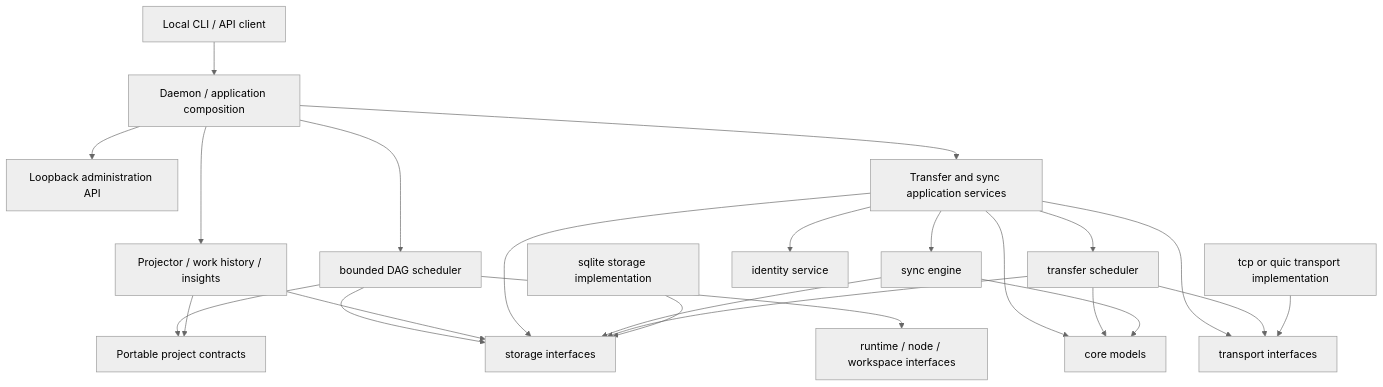
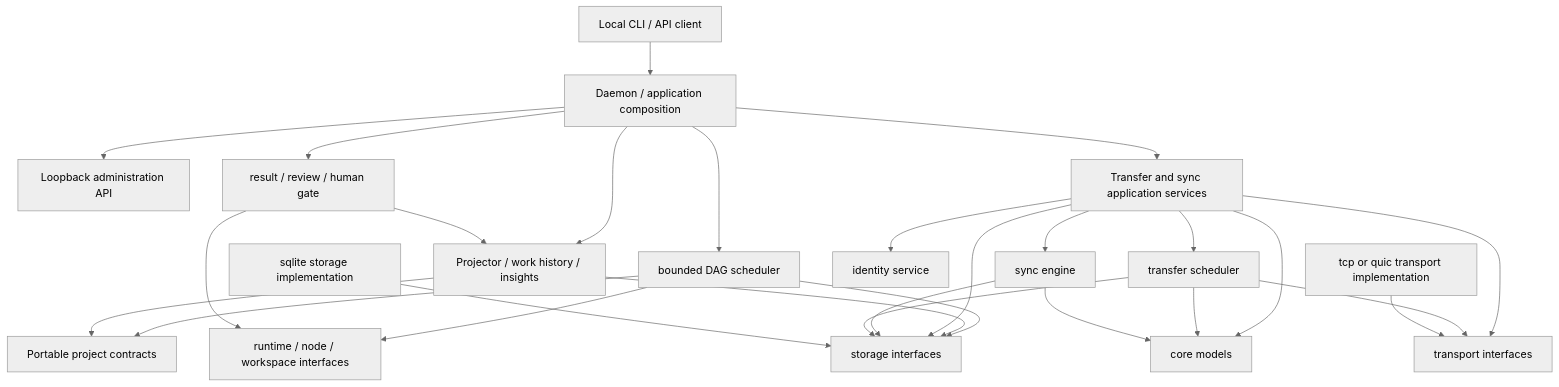
The diagram in docs/architecture/overview.md (greadee/agent-action-sync), drawn with Mermaid (neutral theme) before and after one commit. The commit also changed other lines of this file and 23 other files, not shown here.

Commit message:
add result review integration gate

````diff
--- a/docs/architecture/overview.md
+++ b/docs/architecture/overview.md
@@ -45,26 +48,29 @@
 ```mermaid
 flowchart TD
     CLI["Local CLI / API client"] --> Daemon["Daemon / application composition"]
     Daemon --> API["Loopback administration API"]
     Daemon --> Projector["Projector / work history / insights"]
     Daemon --> Scheduler["bounded DAG scheduler"]
+    Daemon --> Gate["result / review / human gate"]
     Scheduler --> Project["portable project contracts"]
     Scheduler --> Storage
     Scheduler --> Runtime["runtime / node / workspace interfaces"]
+    Gate --> Runtime
+    Gate --> Projector
     Projector --> Project["Portable project contracts"]
     Projector --> Storage
     Daemon --> Agent["Transfer and sync application services"]
     Agent --> Core["core models"]
     Agent --> Transfer["transfer scheduler"]
     Agent --> Sync["sync engine"]
     Agent --> Identity["identity service"]
     Agent --> Storage["storage interfaces"]
     Agent --> Transport["transport interfaces"]
     Transfer --> Core
     Sync --> Core
     Sync --> Storage
     Transfer --> Storage
     Transfer --> Transport
     SQLite["sqlite storage implementation"] --> Storage
     TCP["tcp or quic transport implementation"] --> Transport
 ```
````
